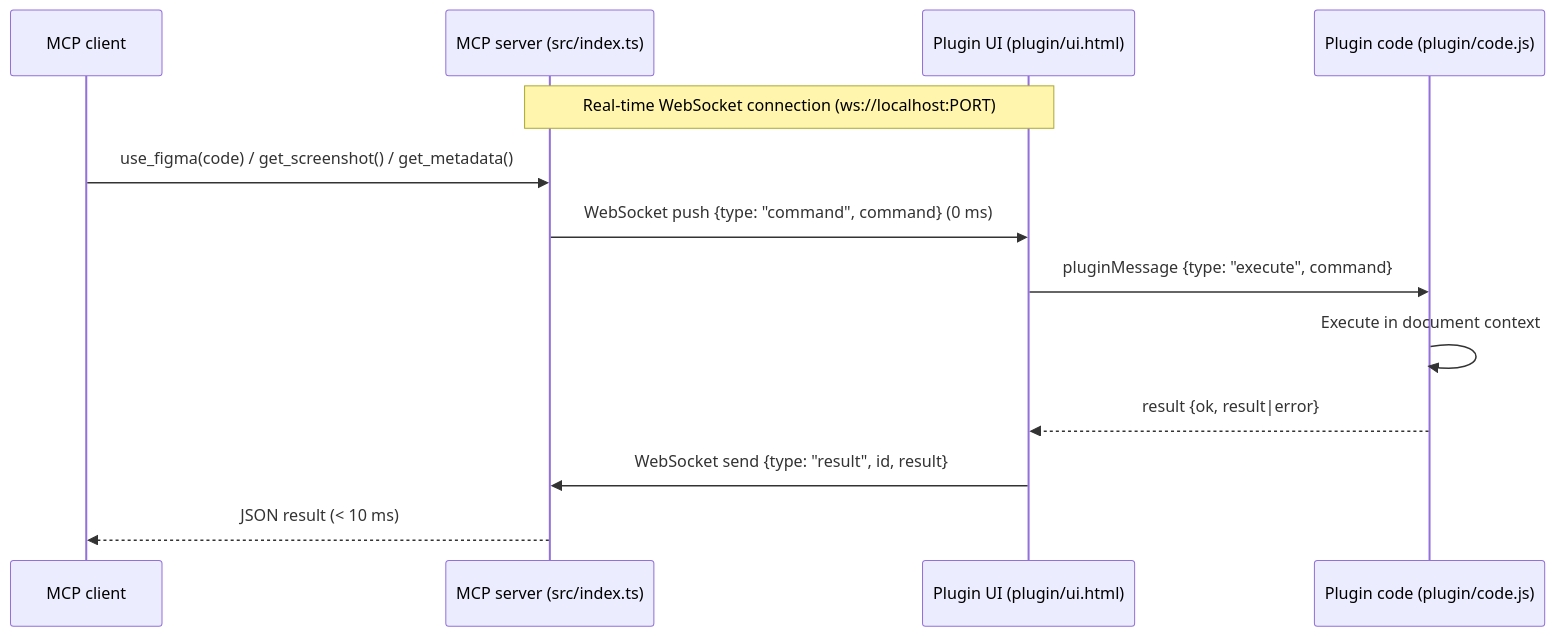
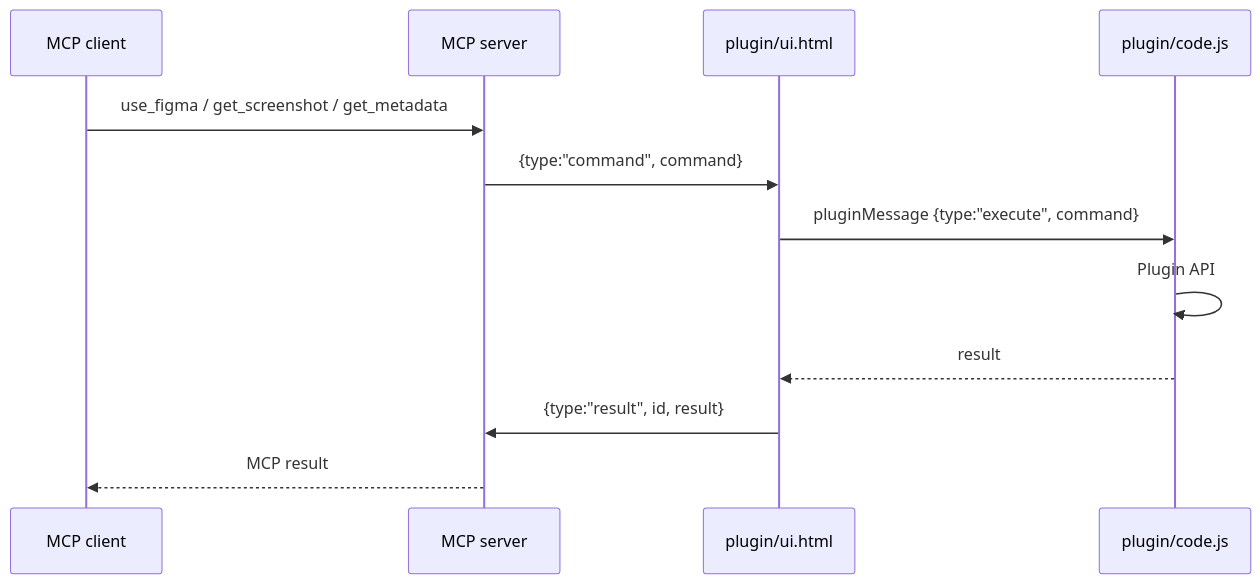
Before and after one commit to thesagrotan/figma-bridge: the diagram in docs/bridge.md, drawn with Mermaid. The commit also changed other lines of this file and 156 other files, not shown here.

````diff
--- a/docs/bridge.md
+++ b/docs/bridge.md
@@ -7,16 +7,15 @@
 ```mermaid
 sequenceDiagram
     participant C as MCP client
-    participant S as MCP server (src/index.ts)
-    participant P as Plugin UI (plugin/ui.html)
-    participant F as Plugin code (plugin/code.js)
+    participant S as MCP server
+    participant U as plugin/ui.html
+    participant F as plugin/code.js
 
-    Note over S,P: Real-time WebSocket connection (ws://localhost:PORT)
-    C->>S: use_figma(code) / get_screenshot() / get_metadata()
-    S->>P: WebSocket push {type: "command", command} (0 ms)
-    P->>F: pluginMessage {type: "execute", command}
-    F->>F: Execute in document context
-    F-->>P: result {ok, result|error}
-    P->>S: WebSocket send {type: "result", id, result}
-    S-->>C: JSON result (< 10 ms)
+    C->>S: use_figma / get_screenshot / get_metadata
+    S->>U: {type:"command", command}
+    U->>F: pluginMessage {type:"execute", command}
+    F->>F: Plugin API
+    F-->>U: result
+    U->>S: {type:"result", id, result}
+    S-->>C: MCP result
 ```
````
